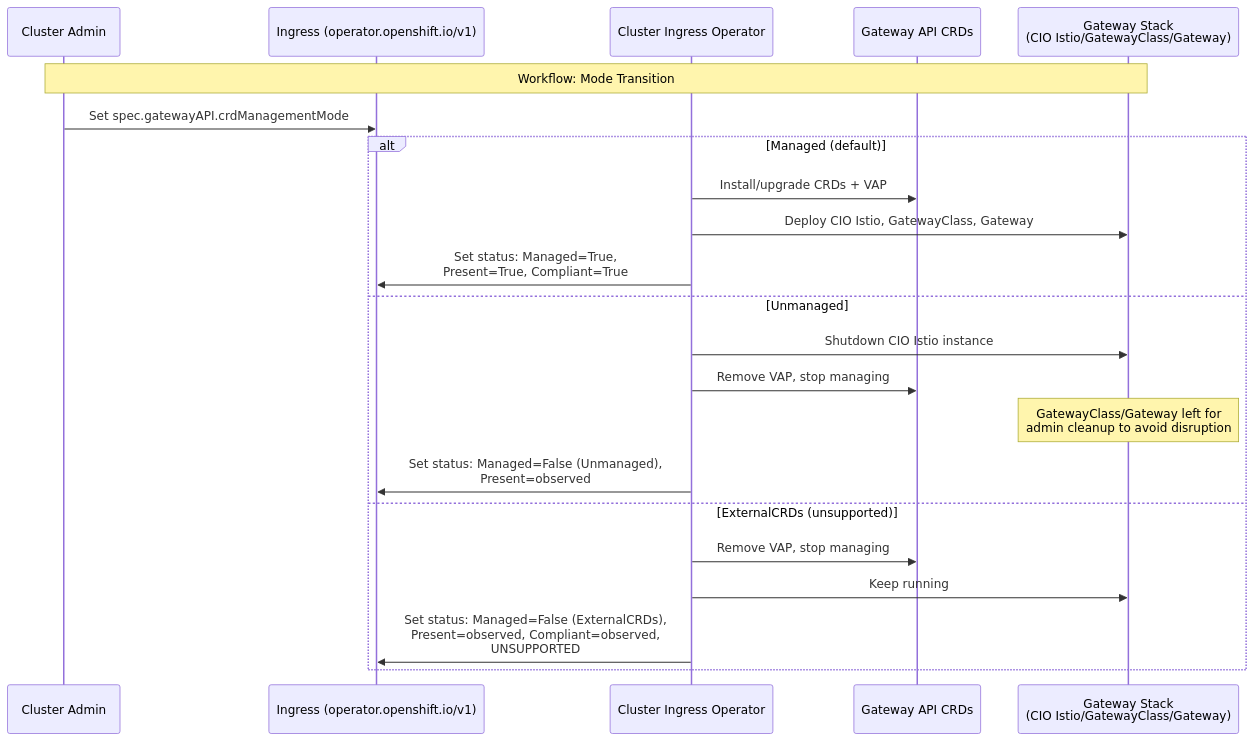
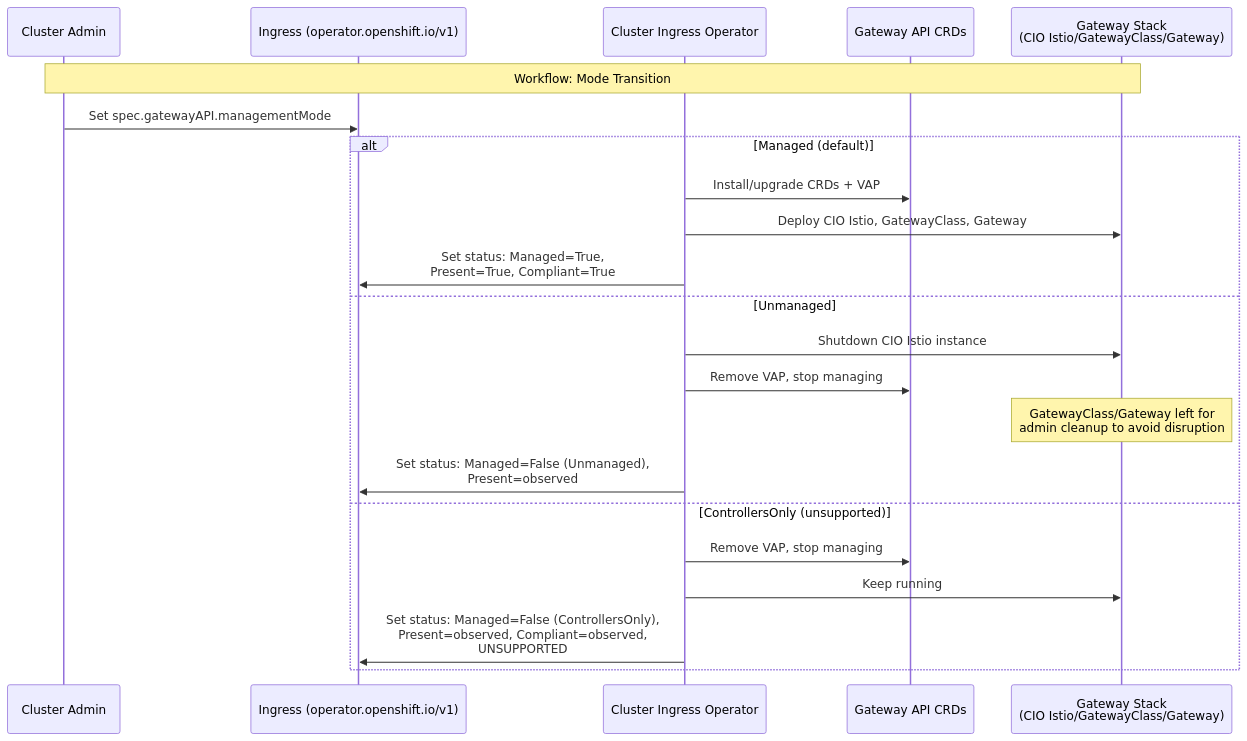
One commit to openshift/enhancements changed the diagram in enhancements/ingress/gateway-api-crd-management-mode.md. Above: the diagram before and after it, drawn with Mermaid. The commit also changed other lines of this file, not shown here.

````diff
--- a/enhancements/ingress/gateway-api-crd-management-mode.md
+++ b/enhancements/ingress/gateway-api-crd-management-mode.md
@@ -281,26 +281,26 @@
 ```mermaid
 sequenceDiagram
     participant Admin as Cluster Admin
     participant IC as Ingress (operator.openshift.io/v1)
     participant CIO as Cluster Ingress Operator
     participant CRDs as Gateway API CRDs
     participant GW as Gateway Stack<br/>(CIO Istio/GatewayClass/Gateway)
 
     Note over Admin,GW: Workflow: Mode Transition
-    Admin->>IC: Set spec.gatewayAPI.crdManagementMode
+    Admin->>IC: Set spec.gatewayAPI.managementMode
 
     alt Managed (default)
         CIO->>CRDs: Install/upgrade CRDs + VAP
         CIO->>GW: Deploy CIO Istio, GatewayClass, Gateway
         CIO->>IC: Set status: Managed=True,<br/>Present=True, Compliant=True
     else Unmanaged
         CIO->>GW: Shutdown CIO Istio instance
         CIO->>CRDs: Remove VAP, stop managing
         Note over GW: GatewayClass/Gateway left for<br/>admin cleanup to avoid disruption
         CIO->>IC: Set status: Managed=False (Unmanaged),<br/>Present=observed
-    else ExternalCRDs (unsupported)
+    else ControllersOnly (unsupported)
         CIO->>CRDs: Remove VAP, stop managing
         CIO->>GW: Keep running
-        CIO->>IC: Set status: Managed=False (ExternalCRDs),<br/>Present=observed, Compliant=observed,<br/>UNSUPPORTED
+        CIO->>IC: Set status: Managed=False (ControllersOnly),<br/>Present=observed, Compliant=observed,<br/>UNSUPPORTED
     end
 ```
````
